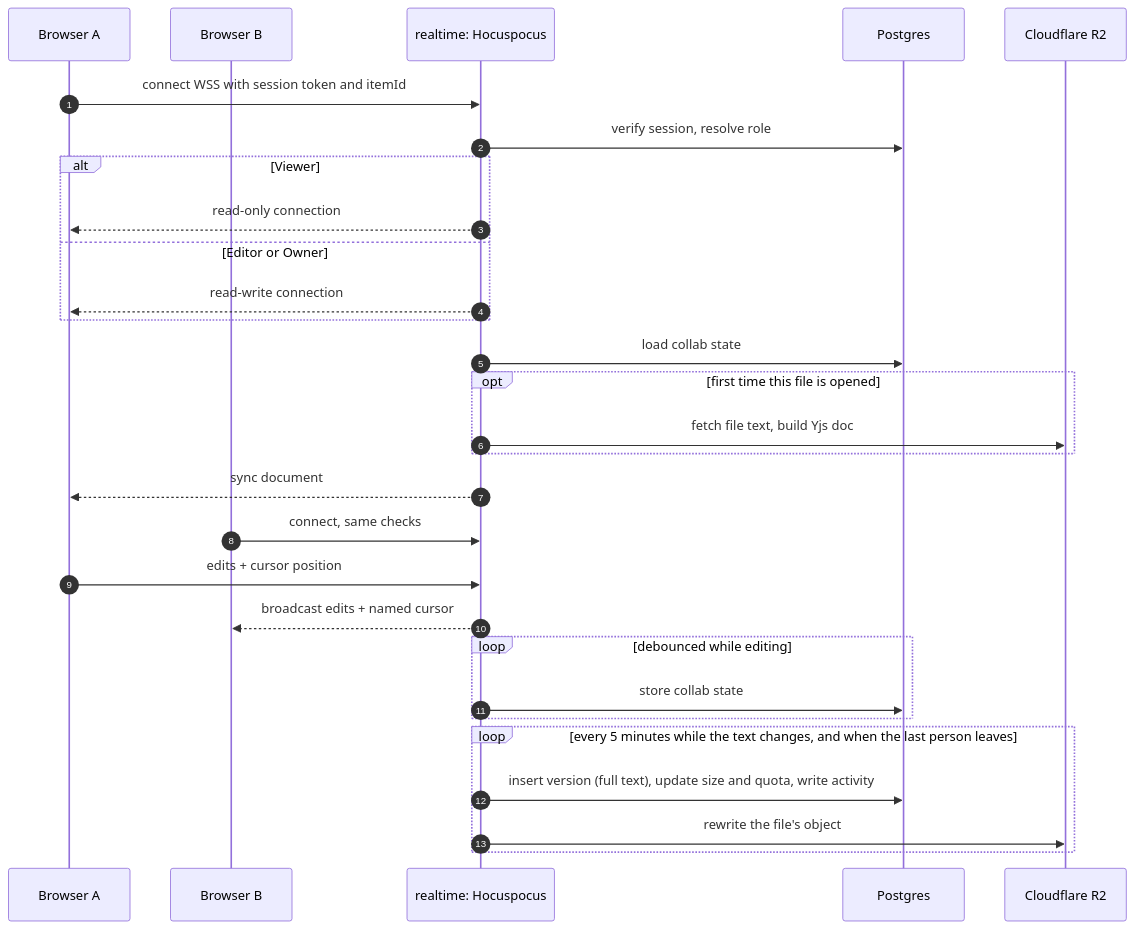
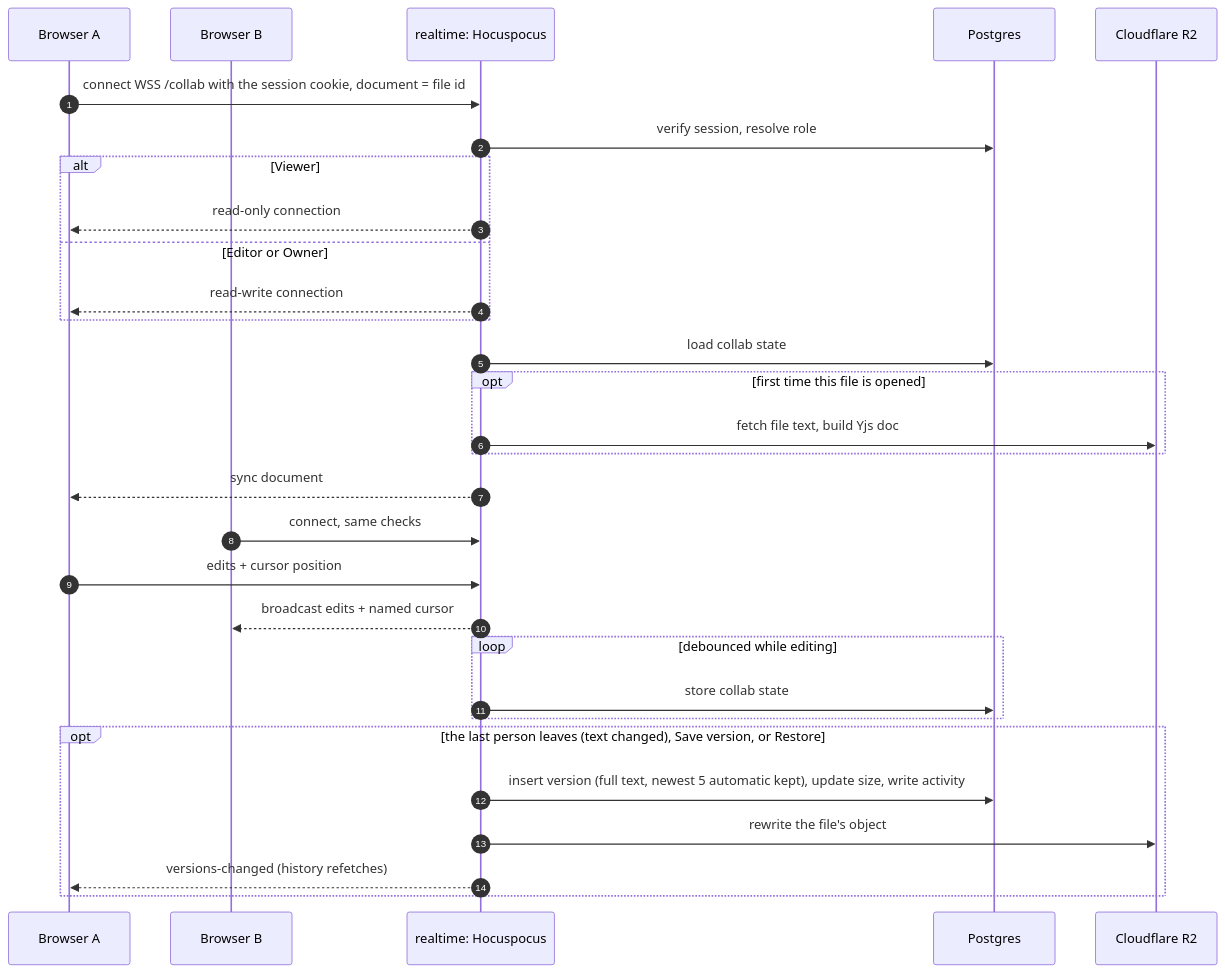
Before and after one commit to Jitesh2Git/devsbucket: the ninth of 11 diagrams in docs/diagrams.md, drawn with Mermaid. The commit also changed other lines of this file and 4 other files, not shown here.

Commit message:
chore: phase 4 review, docs and diagrams

````diff
--- a/docs/diagrams.md
+++ b/docs/diagrams.md
@@ -389,31 +389,32 @@
 ```mermaid
 sequenceDiagram
   autonumber
   participant A as Browser A
   participant C as Browser B
   participant RT as realtime: Hocuspocus
   participant DB as Postgres
   participant R2 as Cloudflare R2
-  A->>RT: connect WSS with session token and itemId
+  A->>RT: connect WSS /collab with the session cookie, document = file id
   RT->>DB: verify session, resolve role
   alt Viewer
     RT-->>A: read-only connection
   else Editor or Owner
     RT-->>A: read-write connection
   end
   RT->>DB: load collab state
   opt first time this file is opened
     RT->>R2: fetch file text, build Yjs doc
   end
   RT-->>A: sync document
   C->>RT: connect, same checks
   A->>RT: edits + cursor position
   RT-->>C: broadcast edits + named cursor
   loop debounced while editing
     RT->>DB: store collab state
   end
-  loop every 5 minutes while the text changes, and when the last person leaves
-    RT->>DB: insert version (full text), update size and quota, write activity
+  opt the last person leaves (text changed), Save version, or Restore
+    RT->>DB: insert version (full text, newest 5 automatic kept), update size, write activity
     RT->>R2: rewrite the file's object
+    RT-->>A: versions-changed (history refetches)
   end
 ```
````
